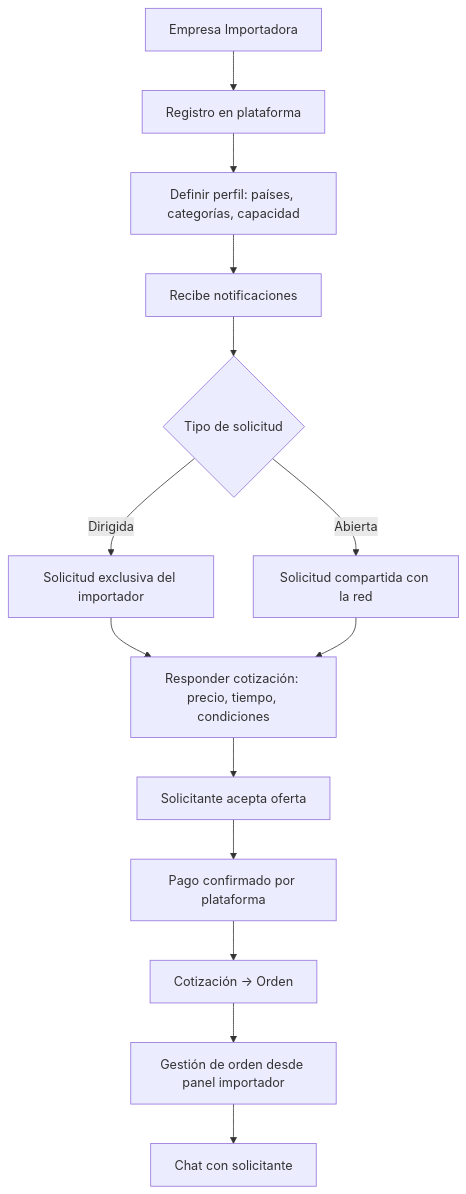
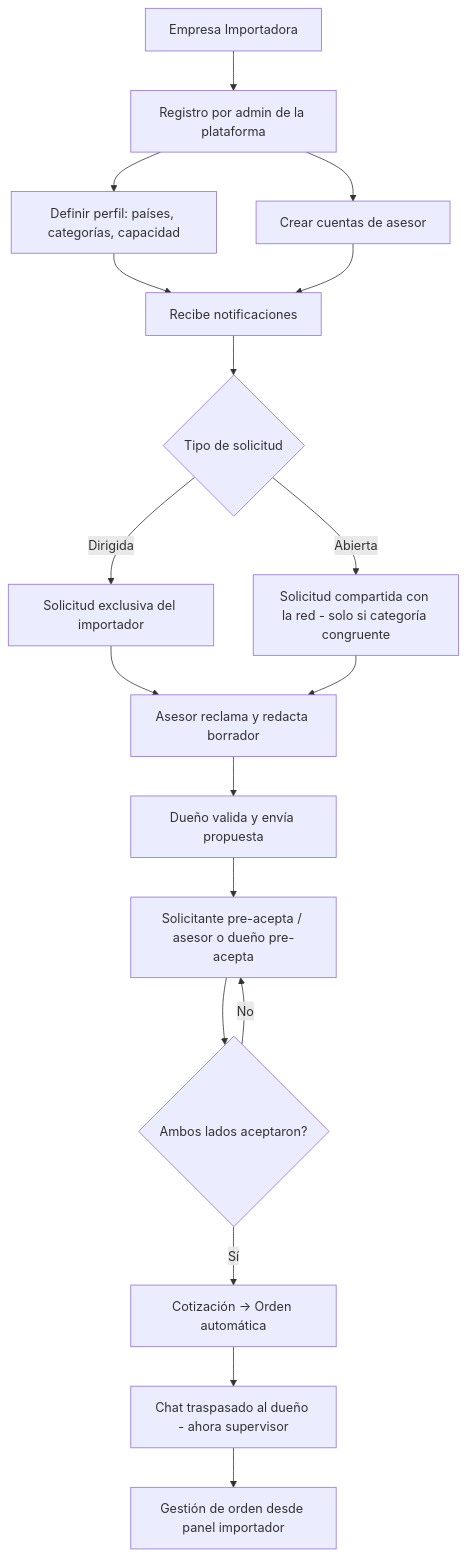
Before and after one commit to JuanEstebanAstaiza/ImportacionesQ8: the fifth of 9 diagrams in ImportacionesQ8V/00-Index-y-Navegacion/Mapa-Conexiones-Obsidian.md, drawn with Mermaid. The commit also changed other lines of this file and 61 other files, not shown here.

````diff
--- a/ImportacionesQ8V/00-Index-y-Navegacion/Mapa-Conexiones-Obsidian.md
+++ b/ImportacionesQ8V/00-Index-y-Navegacion/Mapa-Conexiones-Obsidian.md
@@ -198,16 +212,20 @@
 ```mermaid
 graph TD
-    A[Empresa Importadora] --> B[Registro en plataforma]
+    A[Empresa Importadora] --> B[Registro por admin de la plataforma]
     B --> C[Definir perfil: países, categorías, capacidad]
+    B --> C2[Crear cuentas de asesor]
     C --> D[Recibe notificaciones]
+    C2 --> D
     D --> E{Tipo de solicitud}
     E -->|Dirigida| F[Solicitud exclusiva del importador]
-    E -->|Abierta| G[Solicitud compartida con la red]
-    F --> H[Responder cotización: precio, tiempo, condiciones]
-    G --> H
-    H --> I[Solicitante acepta oferta]
-    I --> J[Pago confirmado por plataforma]
-    J --> K[Cotización → Orden]
-    K --> L[Gestión de orden desde panel importador]
-    L --> M[Chat con solicitante]
+    E -->|Abierta| G[Solicitud compartida con la red - solo si categoría congruente]
+    F --> H1[Asesor reclama y redacta borrador]
+    G --> H1
+    H1 --> H2[Dueño valida y envía propuesta]
+    H2 --> I[Solicitante pre-acepta / asesor o dueño pre-acepta]
+    I --> J{Ambos lados aceptaron?}
+    J -->|No| I
+    J -->|Sí| K[Cotización → Orden automática]
+    K --> L[Chat traspasado al dueño - ahora supervisor]
+    L --> M[Gestión de orden desde panel importador]
 ```
````
